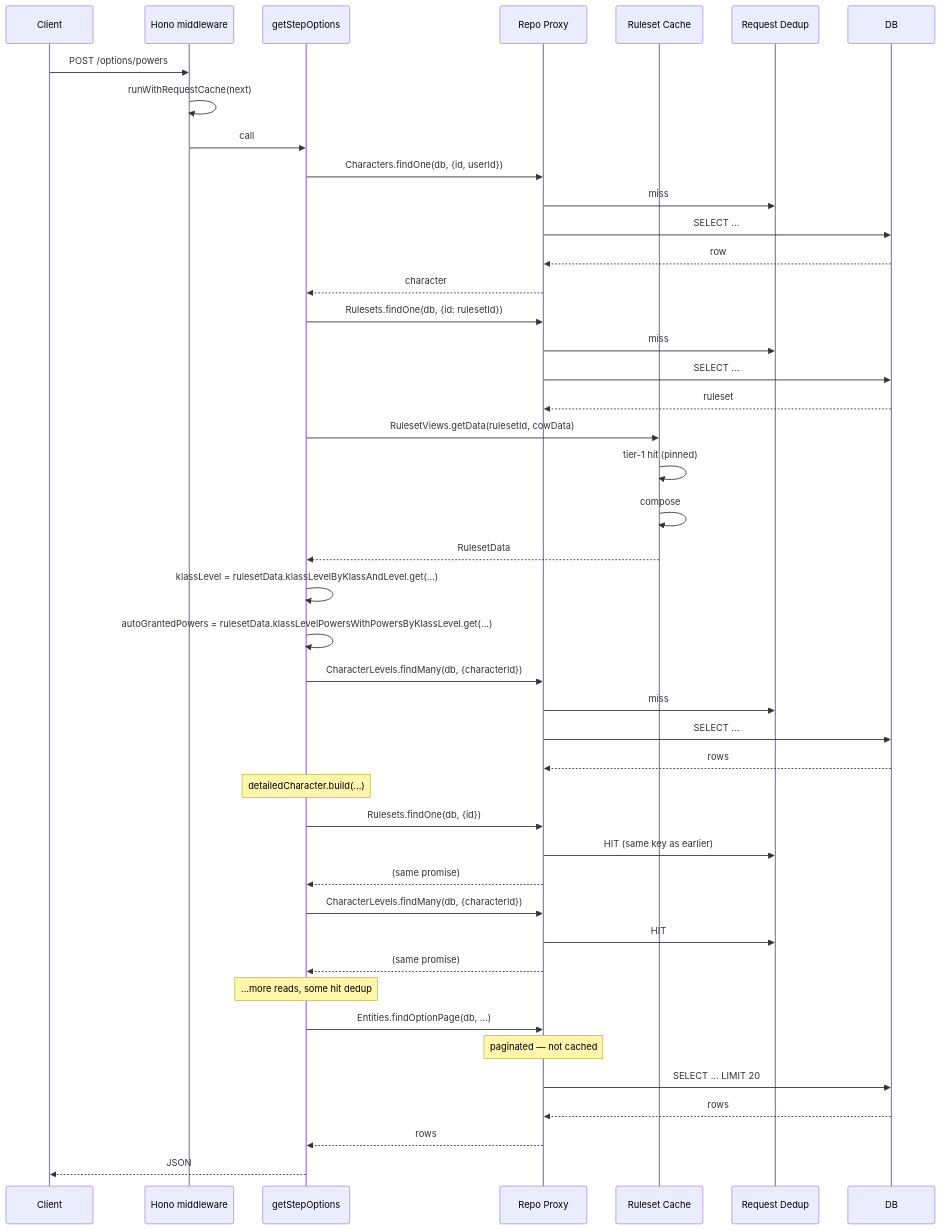
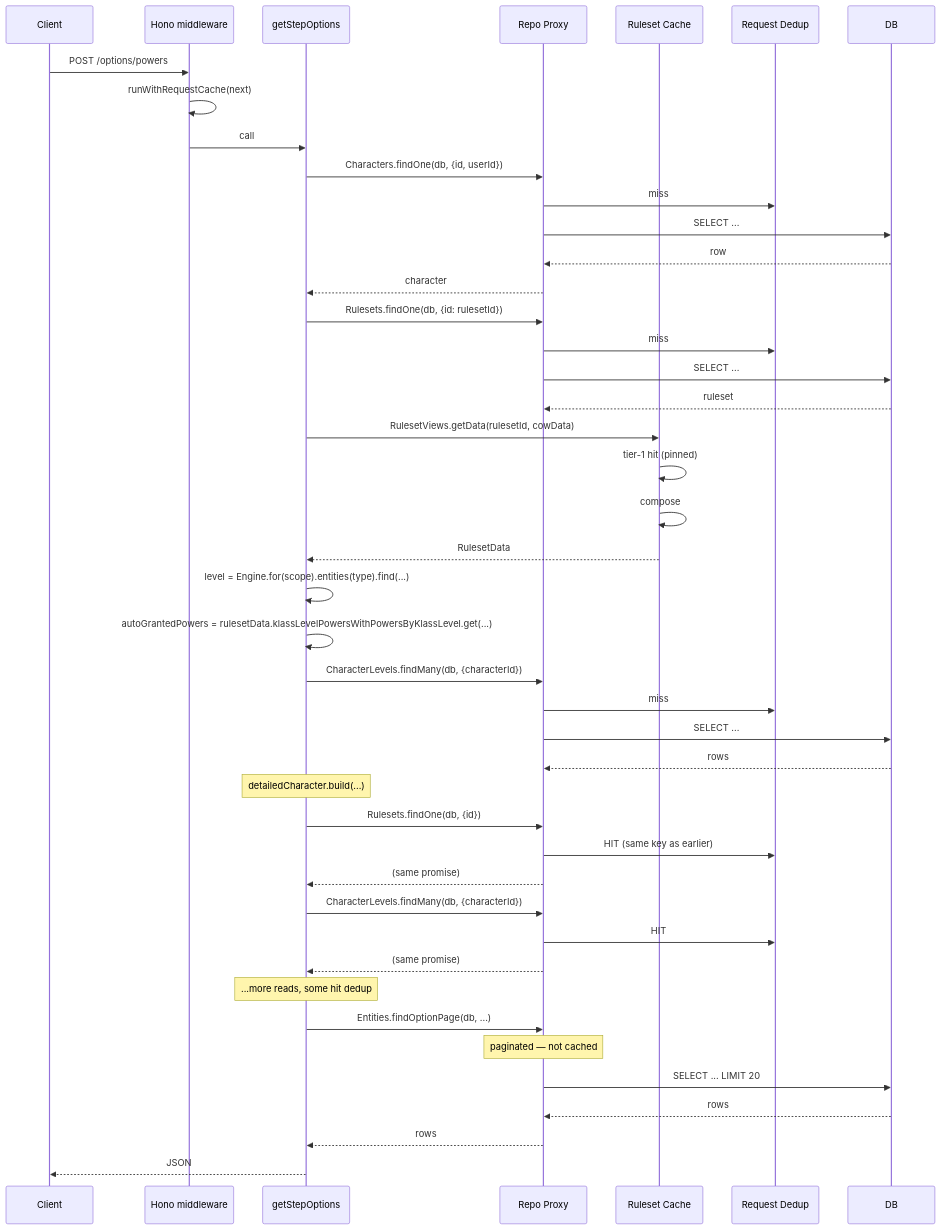
The seventh of 7 diagrams in docs/caching.md (PhilippeChab/arkyvree), drawn with Mermaid before and after one commit. The commit also changed other lines of this file and 134 other files, not shown here.

First line of the commit message:
Engine: the ruleset view reads entities by kind; 3.5's lists and indices are its module's

````diff
--- a/docs/caching.md
+++ b/docs/caching.md
@@ -394,55 +391,55 @@
 ```mermaid
 sequenceDiagram
     participant Client
     participant Middle as Hono middleware
     participant Svc as getStepOptions
     participant Repo as Repo Proxy
     participant RS as Ruleset Cache
     participant Dedup as Request Dedup
     participant DB
 
     Client->>Middle: POST /options/powers
     Middle->>Middle: runWithRequestCache(next)
     Middle->>Svc: call
     Svc->>Repo: Characters.findOne(db, {id, userId})
     Repo->>Dedup: miss
     Repo->>DB: SELECT ...
     DB-->>Repo: row
     Repo-->>Svc: character
 
     Svc->>Repo: Rulesets.findOne(db, {id: rulesetId})
     Repo->>Dedup: miss
     Repo->>DB: SELECT ...
     DB-->>Repo: ruleset
 
     Svc->>RS: RulesetViews.getData(rulesetId, cowData)
     RS->>RS: tier-1 hit (pinned)
     RS->>RS: compose
     RS-->>Svc: RulesetData
 
-    Svc->>Svc: klassLevel = rulesetData.klassLevelByKlassAndLevel.get(...)
+    Svc->>Svc: level = Engine.for(scope).entities(type).find(...)
     Svc->>Svc: autoGrantedPowers = rulesetData.klassLevelPowersWithPowersByKlassLevel.get(...)
 
     Svc->>Repo: CharacterLevels.findMany(db, {characterId})
     Repo->>Dedup: miss
     Repo->>DB: SELECT ...
     DB-->>Repo: rows
 
     Note over Svc: detailedCharacter.build(...)
     Svc->>Repo: Rulesets.findOne(db, {id})
     Repo->>Dedup: HIT (same key as earlier)
     Repo-->>Svc: (same promise)
 
     Svc->>Repo: CharacterLevels.findMany(db, {characterId})
     Repo->>Dedup: HIT
     Repo-->>Svc: (same promise)
 
     Note over Svc: ...more reads, some hit dedup
 
     Svc->>Repo: Entities.findOptionPage(db, ...)
     Note over Repo: paginated — not cached
     Repo->>DB: SELECT ... LIMIT 20
     DB-->>Repo: rows
     Repo-->>Svc: rows
     Svc-->>Client: JSON
 ```
````
